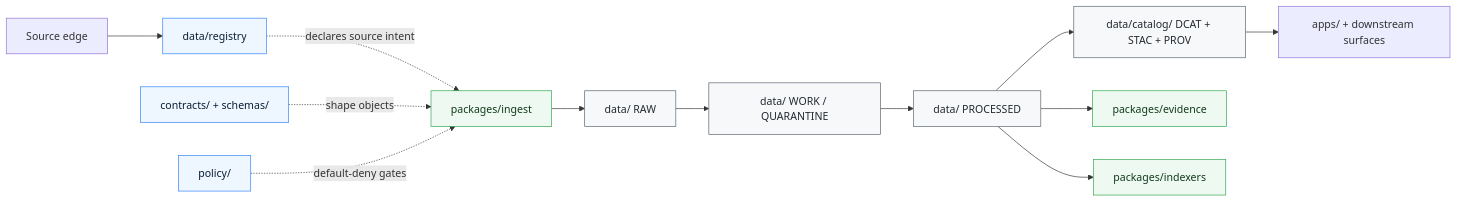
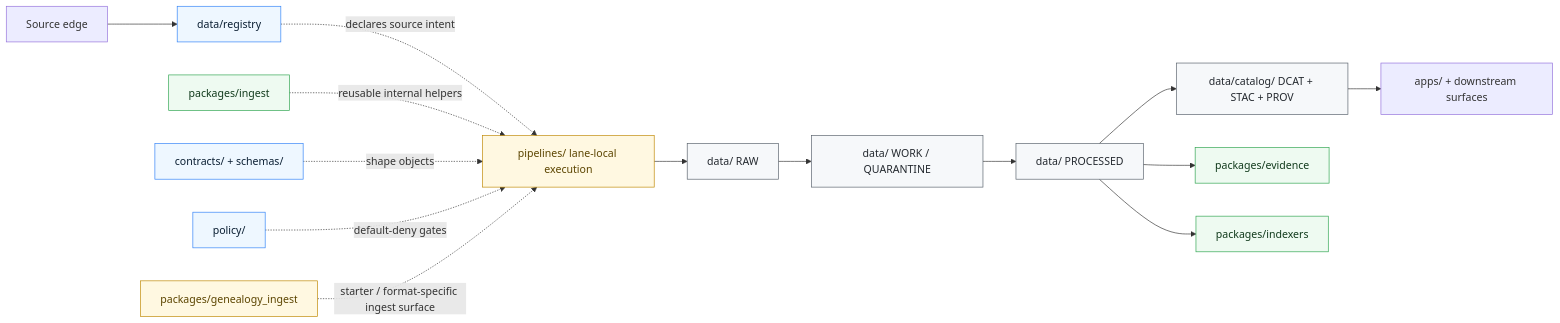
One commit to bartytime4life/Kansas-Frontier-Matrix changed the diagram in packages/ingest/README.md. Above: the diagram before and after it, drawn with Mermaid. The commit also changed other lines of this file, not shown here.

````diff
--- a/packages/ingest/README.md
+++ b/packages/ingest/README.md
@@ -281,25 +362,30 @@
 ```mermaid
 flowchart LR
     SRC[Source edge] --> REG[data/registry]
-    REG -. declares source intent .-> ING[packages/ingest]
+    REG -. declares source intent .-> LANE[pipelines/ lane-local execution]
 
-    CON[contracts/ + schemas/] -. shape objects .-> ING
-    POL[policy/] -. default-deny gates .-> ING
+    ING[packages/ingest] -. reusable internal helpers .-> LANE
+    CON[contracts/ + schemas/] -. shape objects .-> LANE
+    POL[policy/] -. default-deny gates .-> LANE
 
-    ING --> RAW[data/ RAW]
+    LANE --> RAW[data/ RAW]
     RAW --> WQ[data/ WORK / QUARANTINE]
     WQ --> PROC[data/ PROCESSED]
     PROC --> CAT[data/catalog/ DCAT + STAC + PROV]
 
-    CAT --> APPS[apps/ + downstream surfaces]
     PROC --> EVID[packages/evidence]
     PROC --> IDX[packages/indexers]
+    CAT --> APPS[apps/ + downstream surfaces]
+
+    STARTER[packages/genealogy_ingest] -. starter / format-specific ingest surface .-> LANE
 
     classDef strong fill:#eef7ff,stroke:#2f81f7,color:#0b1f33;
     classDef stage fill:#f6f8fa,stroke:#57606a,color:#24292f;
     classDef package fill:#eefaf1,stroke:#2da44e,color:#123b1d;
+    classDef lane fill:#fff8e1,stroke:#bf8700,color:#5c4500;
 
     class REG,CON,POL strong;
     class RAW,WQ,PROC,CAT stage;
     class ING,EVID,IDX package;
+    class LANE,STARTER lane;
 ```
````
